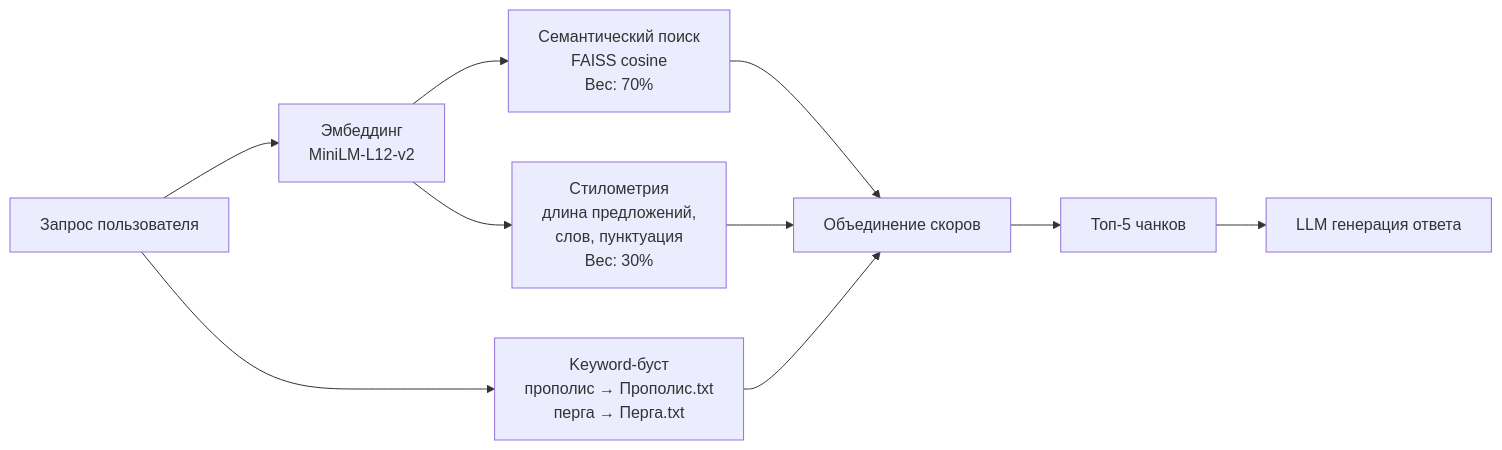
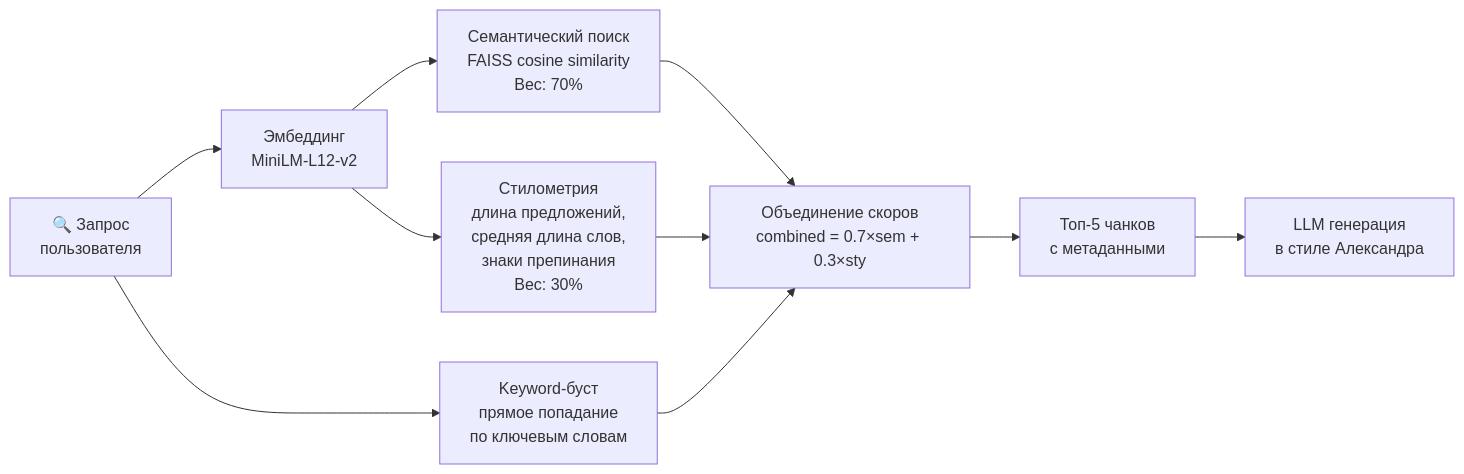
One commit to unidel2035/BEEBOT changed the third of 12 diagrams in docs/architecture.md. Above: the diagram before and after it, drawn with Mermaid. The commit also changed other lines of this file and 14 other files, not shown here.

````diff
--- a/docs/architecture.md
+++ b/docs/architecture.md
@@ -92,16 +108,16 @@
 ```mermaid
 graph LR
-    Q[Запрос пользователя] --> EMB[Эмбеддинг<br/>MiniLM-L12-v2]
+    Q[🔍 Запрос<br/>пользователя] --> EMB[Эмбеддинг<br/>MiniLM-L12-v2]
 
-    EMB --> SEM[Семантический поиск<br/>FAISS cosine<br/>Вес: 70%]
-    EMB --> STY[Стилометрия<br/>длина предложений,<br/>слов, пунктуация<br/>Вес: 30%]
+    EMB --> SEM[Семантический поиск<br/>FAISS cosine similarity<br/>Вес: 70%]
+    EMB --> STY[Стилометрия<br/>длина предложений,<br/>средняя длина слов,<br/>знаки препинания<br/>Вес: 30%]
 
-    SEM --> MERGE[Объединение скоров]
+    SEM --> MERGE[Объединение скоров<br/>combined = 0.7×sem + 0.3×sty]
     STY --> MERGE
 
-    Q --> KW[Keyword-буст<br/>прополис → Прополис.txt<br/>перга → Перга.txt]
+    Q --> KW[Keyword-буст<br/>прямое попадание<br/>по ключевым словам]
     KW --> MERGE
 
-    MERGE --> TOP5[Топ-5 чанков]
-    TOP5 --> LLM[LLM генерация ответа]
+    MERGE --> TOP5[Топ-5 чанков<br/>с метаданными]
+    TOP5 --> LLM[LLM генерация<br/>в стиле Александра]
 ```
````
